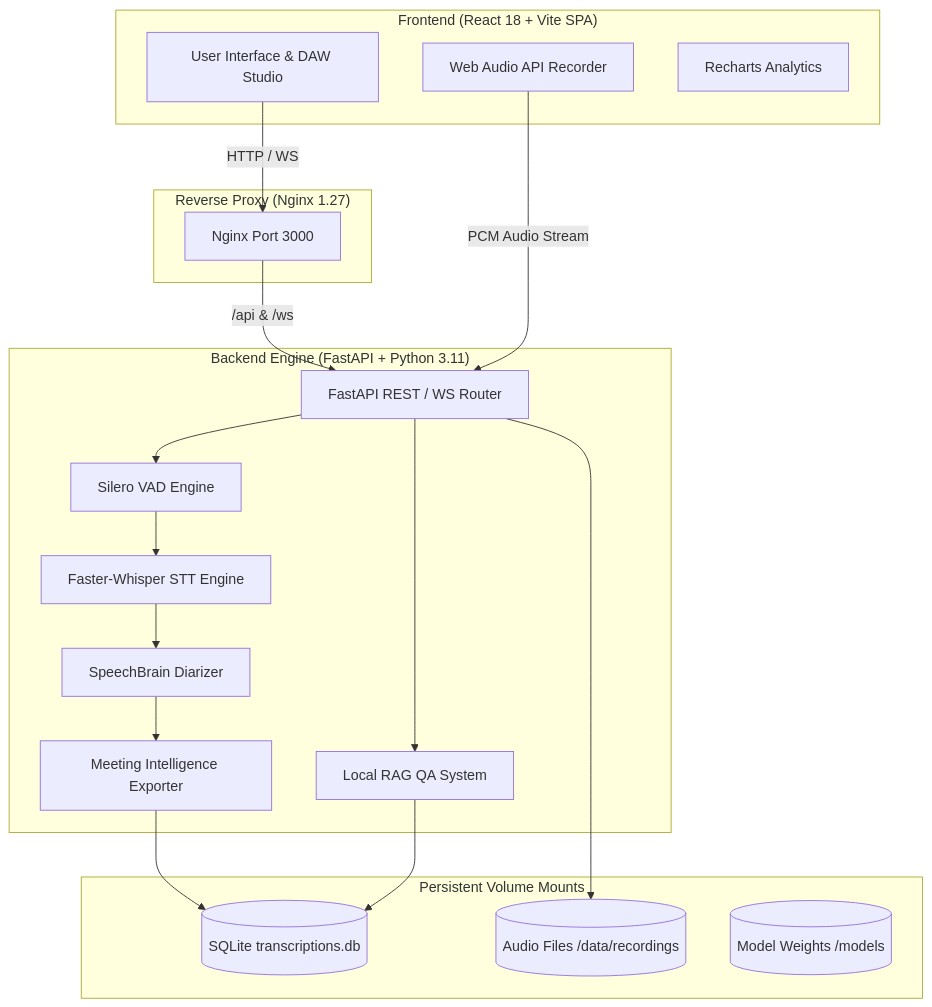
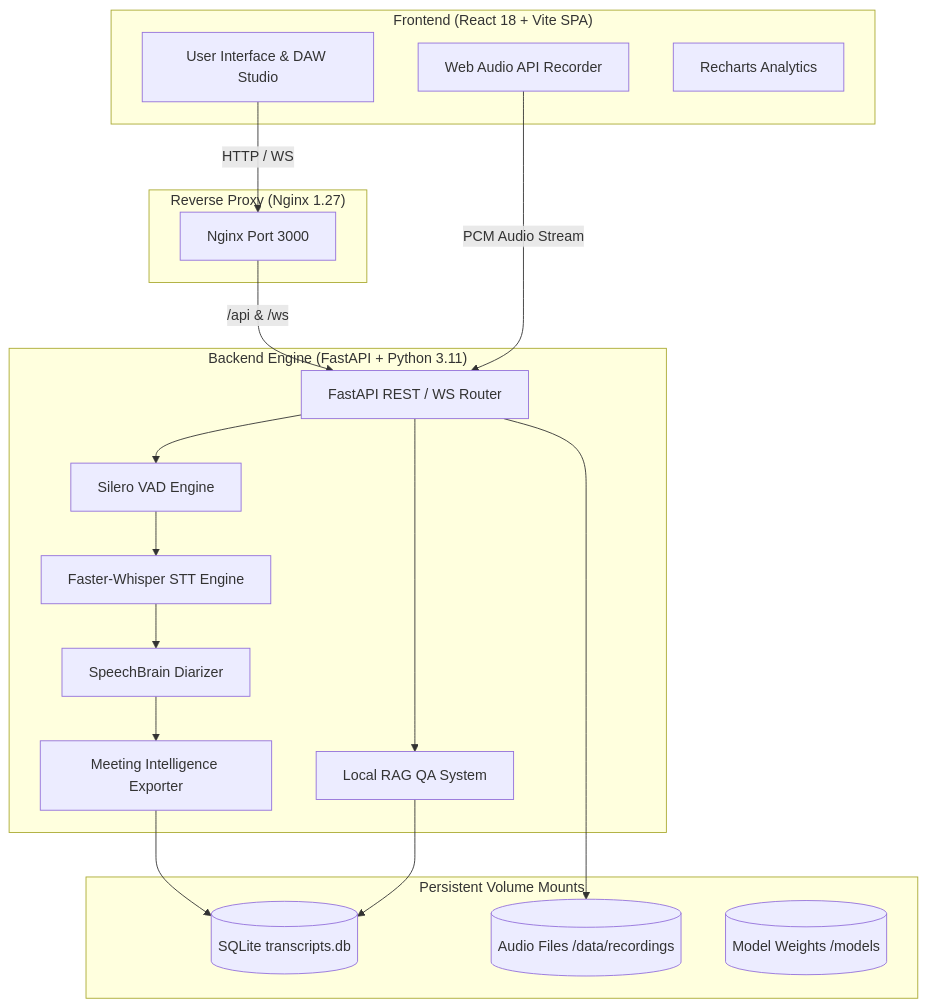
One commit to priyansudas2005/SAMVAD-v2plus changed the diagram in README.md. Above: the diagram before and after it, drawn with Mermaid. The commit also changed other lines of this file, not shown here.

````diff
--- a/README.md
+++ b/README.md
@@ -131,39 +147,39 @@
 ```mermaid
 graph TD
     subgraph Client ["Frontend (React 18 + Vite SPA)"]
         UI[User Interface & DAW Studio]
         WA[Web Audio API Recorder]
         RC[Recharts Analytics]
     end
 
     subgraph Proxy ["Reverse Proxy (Nginx 1.27)"]
         NGX[Nginx Port 3000]
     end
 
     subgraph Backend ["Backend Engine (FastAPI + Python 3.11)"]
         API[FastAPI REST / WS Router]
         VAD[Silero VAD Engine]
         ASR[Faster-Whisper STT Engine]
         DIA[SpeechBrain Diarizer]
         INT[Meeting Intelligence Exporter]
         RAG[Local RAG QA System]
     end
 
     subgraph Storage ["Persistent Volume Mounts"]
-        DB[(SQLite transcriptions.db)]
+        DB[(SQLite transcripts.db)]
         REC[(Audio Files /data/recordings)]
         MDL[(Model Weights /models)]
     end
 
     UI -->|HTTP / WS| NGX
     NGX -->|/api & /ws| API
     WA -->|PCM Audio Stream| API
     API --> VAD
     VAD --> ASR
     ASR --> DIA
     DIA --> INT
     INT --> DB
     API --> RAG
     RAG --> DB
     API --> REC
 ```
````
